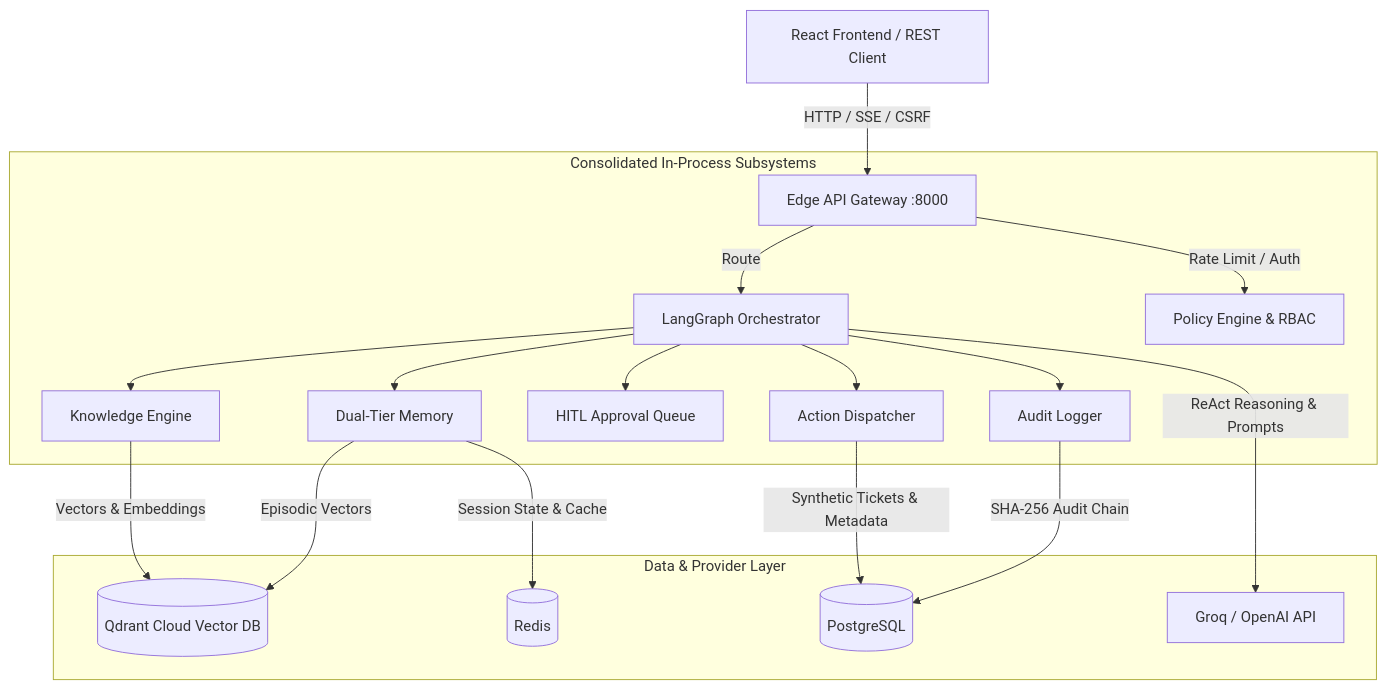
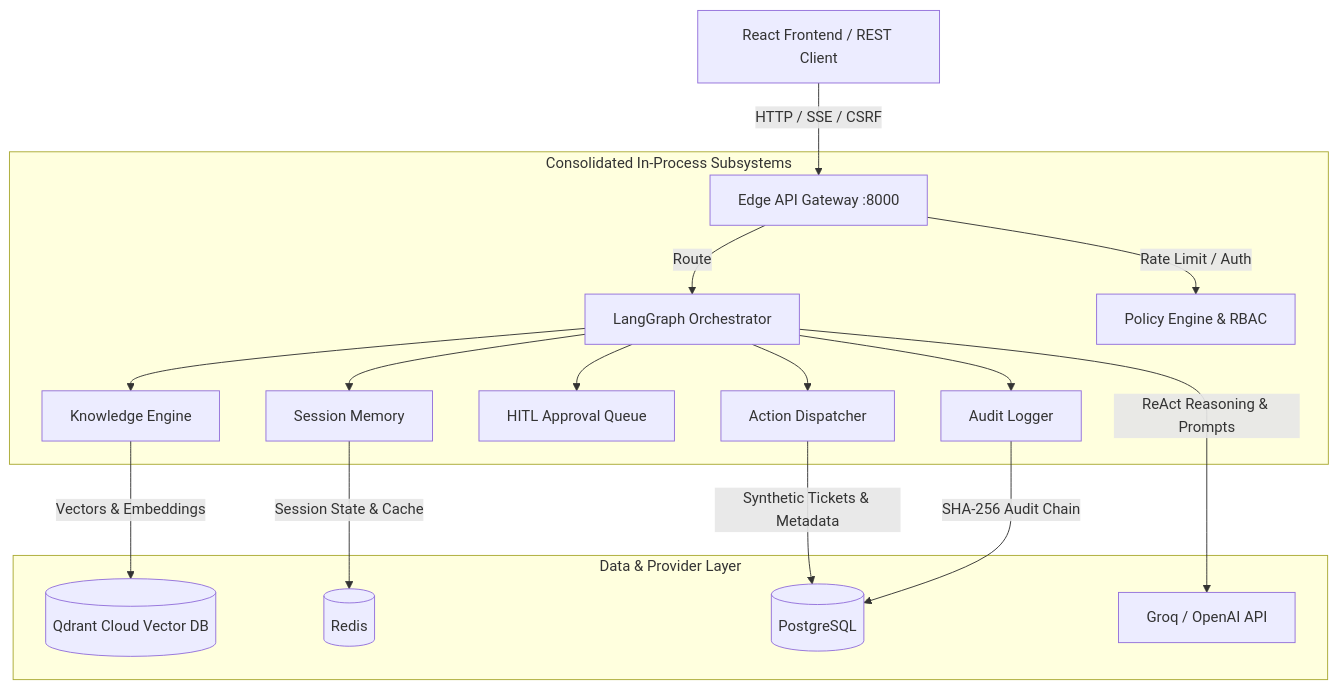
The first of 2 diagrams in README.md (JavithNaseem-J/KRAKEN), drawn with Mermaid before and after one commit. The commit also changed other lines of this file and 52 other files, not shown here.

````diff
--- a/README.md
+++ b/README.md
@@ -24,23 +26,22 @@
 ```mermaid
 graph TD
     Client[React Frontend / REST Client] -->|HTTP / SSE / CSRF| Gateway[Edge API Gateway :8000]
 
     subgraph Core["Consolidated In-Process Subsystems"]
         Gateway -->|Route| Orchestrator[LangGraph Orchestrator]
         Gateway -->|Rate Limit / Auth| Safety[Policy Engine & RBAC]
         Orchestrator --> Knowledge[Knowledge Engine]
         Orchestrator --> Action[Action Dispatcher]
         Orchestrator --> Approval[HITL Approval Queue]
-        Orchestrator --> Memory[Dual-Tier Memory]
+        Orchestrator --> Memory[Session Memory]
         Orchestrator --> Audit[Audit Logger]
     end
 
     subgraph Infra["Data & Provider Layer"]
         Knowledge -->|Vectors & Embeddings| Qdrant[(Qdrant Cloud Vector DB)]
-        Memory -->|Episodic Vectors| Qdrant
         Memory -->|Session State & Cache| Redis[(Redis)]
         Action -->|Synthetic Tickets & Metadata| Postgres[(PostgreSQL)]
         Audit -->|SHA-256 Audit Chain| Postgres
         Orchestrator -->|ReAct Reasoning & Prompts| LLM[Groq / OpenAI API]
     end
 ```
````
